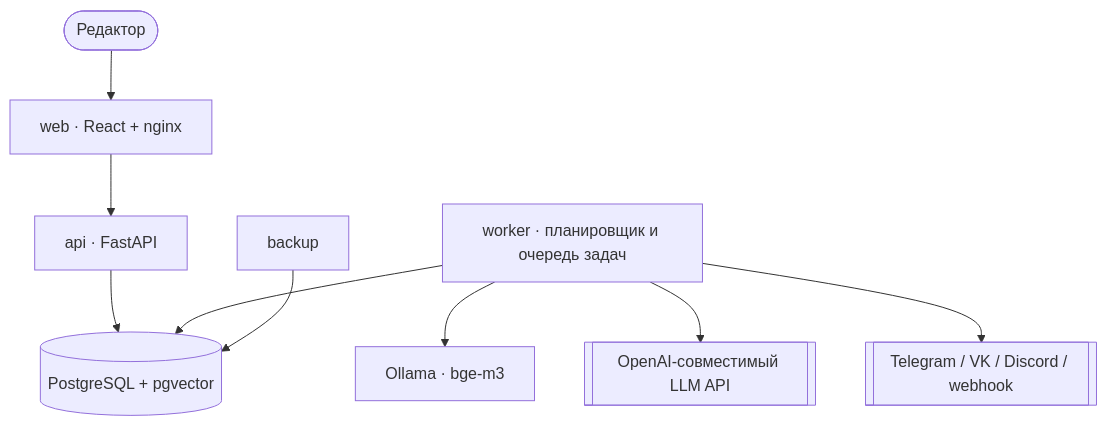
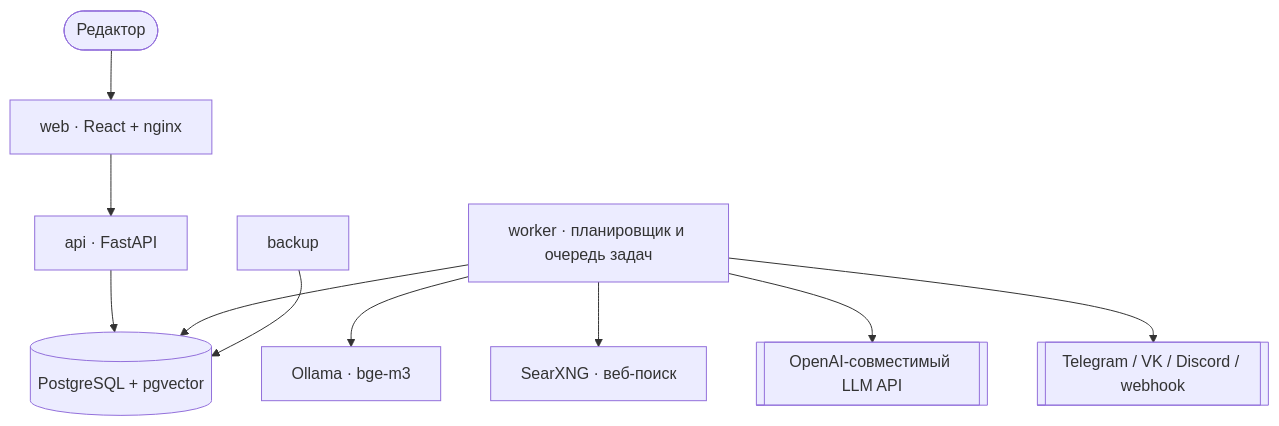
Before and after one commit to marienbaum77/pulse: the second of 2 diagrams in README.md, drawn with Mermaid. The commit also changed other lines of this file and 36 other files, not shown here.

````diff
--- a/README.md
+++ b/README.md
@@ -75,11 +80,12 @@
 ```mermaid
 flowchart TB
     U([Редактор]) --> W[web · React + nginx]
     W --> API[api · FastAPI]
     API --> DB[(PostgreSQL + pgvector)]
     WK[worker · планировщик и очередь задач] --> DB
     WK --> OL[Ollama · bge-m3]
+    WK --> SX[SearXNG · веб-поиск]
     WK --> LLM[[OpenAI-совместимый LLM API]]
     WK --> TG[[Telegram / VK / Discord / webhook]]
     BK[backup] --> DB
 ```
````
